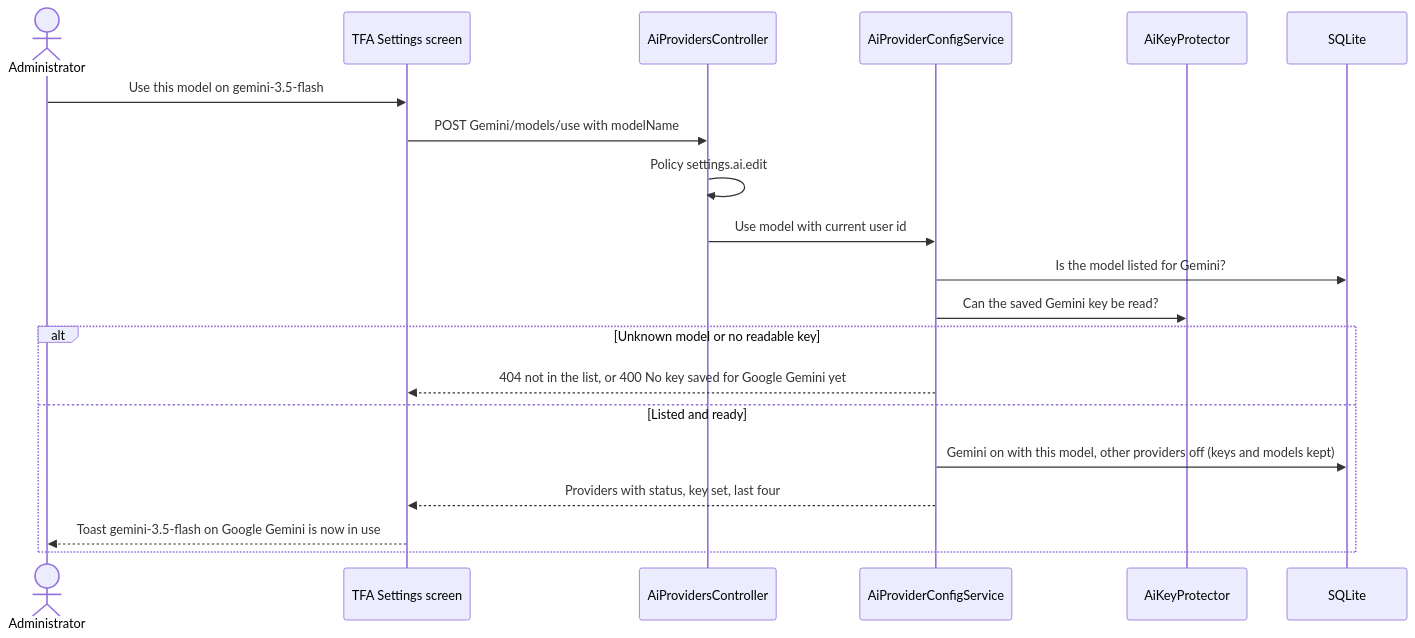
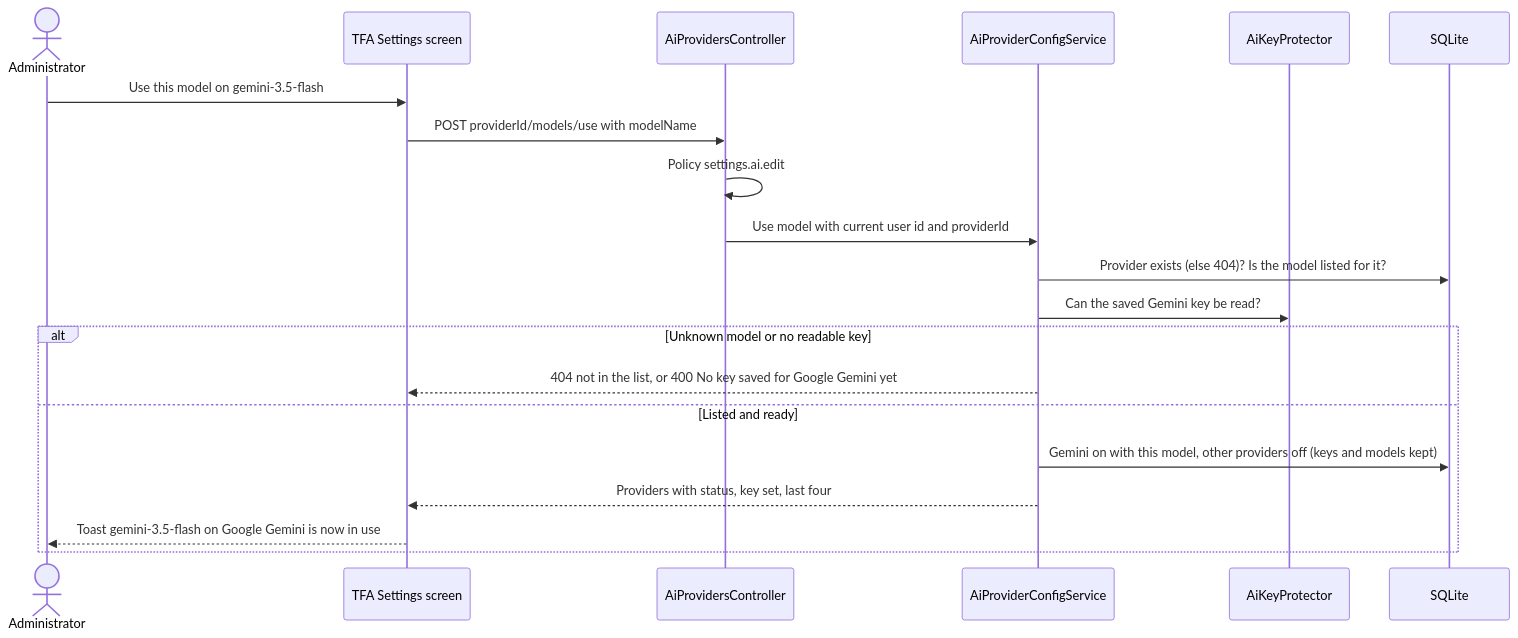
Before and after one commit to jojogeorge3344/TaskFlow-Project: the fifth of 9 diagrams in TF - Documents/TF - HLD/06-Settings/06.3-TFA-Settings/HLD-TFA-Settings.md, drawn with Mermaid. The commit also changed other lines of this file and 8 other files, not shown here.

````diff
--- a/TF - Documents/TF - HLD/06-Settings/06.3-TFA-Settings/HLD-TFA-Settings.md
+++ b/TF - Documents/TF - HLD/06-Settings/06.3-TFA-Settings/HLD-TFA-Settings.md
@@ -310,22 +344,22 @@
 ```mermaid
 sequenceDiagram
   actor A as Administrator
   participant SPA as TFA Settings screen
   participant API as AiProvidersController
   participant CFG as AiProviderConfigService
   participant KP as AiKeyProtector
   participant DB as SQLite
   A->>SPA: Use this model on gemini-3.5-flash
-  SPA->>API: POST Gemini/models/use with modelName
+  SPA->>API: POST providerId/models/use with modelName
   API->>API: Policy settings.ai.edit
-  API->>CFG: Use model with current user id
-  CFG->>DB: Is the model listed for Gemini?
+  API->>CFG: Use model with current user id and providerId
+  CFG->>DB: Provider exists (else 404)? Is the model listed for it?
   CFG->>KP: Can the saved Gemini key be read?
   alt Unknown model or no readable key
     CFG-->>SPA: 404 not in the list, or 400 No key saved for Google Gemini yet
   else Listed and ready
     CFG->>DB: Gemini on with this model, other providers off (keys and models kept)
     CFG-->>SPA: Providers with status, key set, last four
     SPA-->>A: Toast gemini-3.5-flash on Google Gemini is now in use
   end
 ```
````
